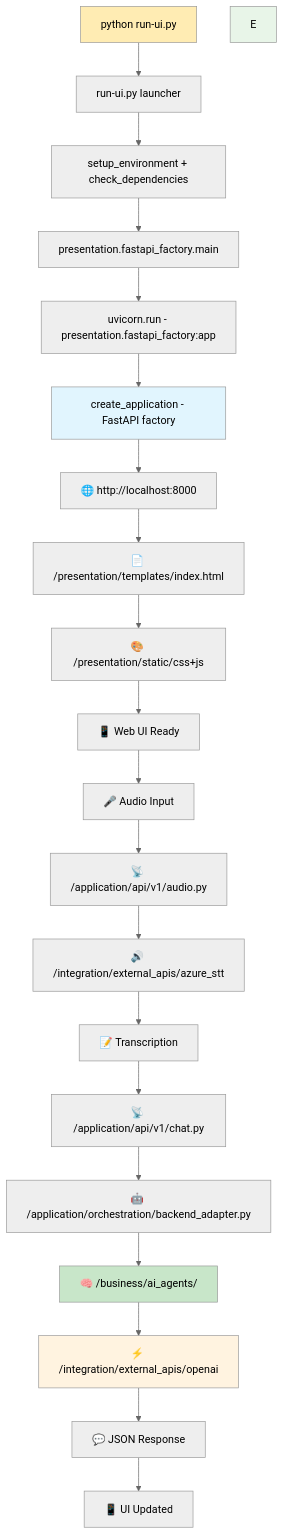
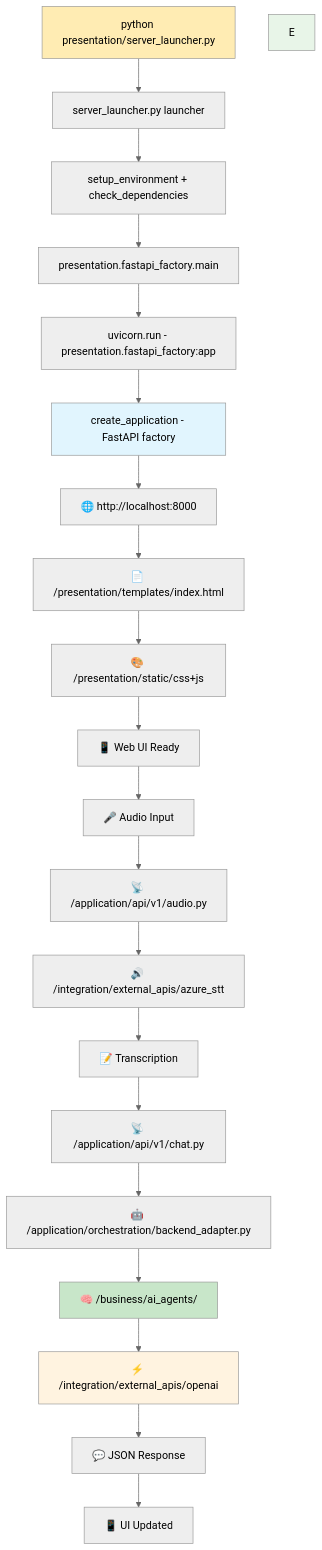
One commit to alejandro-ayala/voiceFlowPOC changed the third of 3 diagrams in documentation/ARCHITECTURE_VOICE-FLOW-POC.md. Above: the diagram before and after it, drawn with Mermaid (neutral theme). The commit also changed other lines of this file and 22 other files, not shown here.

````diff
--- a/documentation/ARCHITECTURE_VOICE-FLOW-POC.md
+++ b/documentation/ARCHITECTURE_VOICE-FLOW-POC.md
@@ -445,31 +446,31 @@
 ```mermaid
 graph TD
-    A[python run-ui.py] --> B[run-ui.py launcher]
+    A[python presentation/server_launcher.py] --> B[server_launcher.py launcher]
     B --> C[setup_environment + check_dependencies]
     C --> D[presentation.fastapi_factory.main]
     D --> F[uvicorn.run - presentation.fastapi_factory:app]
     F --> G[create_application - FastAPI factory]
     G --> H[🌐 http://localhost:8000]
     
     H --> I[📄 /presentation/templates/index.html]
     I --> J[🎨 /presentation/static/css+js]
     J --> K[📱 Web UI Ready]
     
     K --> L[🎤 Audio Input]
     L --> M[📡 /application/api/v1/audio.py]
     M --> N[🔊 /integration/external_apis/azure_stt]
     N --> O[📝 Transcription]
     
     O --> P[📡 /application/api/v1/chat.py]
     P --> Q[🤖 /application/orchestration/backend_adapter.py]
     Q --> R[🧠 /business/ai_agents/]
     R --> S[⚡ /integration/external_apis/openai]
     S --> T[💬 JSON Response]
     T --> U[📱 UI Updated]
     
     style A fill:#ffecb3
     style E fill:#e8f5e8
     style G fill:#e1f5fe
     style R fill:#c8e6c9
     style S fill:#fff3e0
 ```
````
